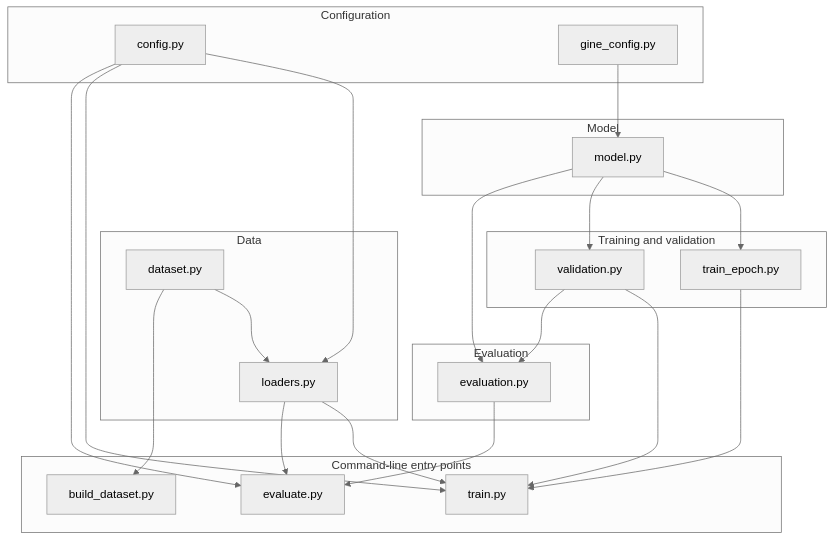
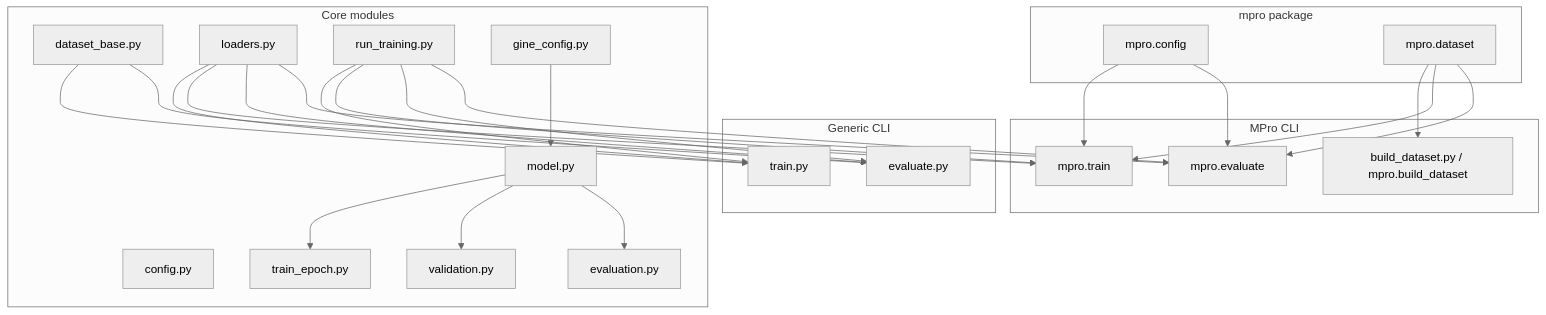
One commit to mananoreboton/gnn_gine_mprov3 changed the second of 2 diagrams in README.md. Above: the diagram before and after it, drawn with Mermaid (neutral theme). The commit also changed other lines of this file and 16 other files, not shown here.

First line of the commit message:
Refactor dataset management and training scripts for generic GNN usage

````diff
--- a/README.md
+++ b/README.md
@@ -54,51 +46,50 @@
 ```mermaid
 flowchart TB
-    subgraph cli [Command-line entry points]
-        BuildScript[build_dataset.py]
-        TrainScript[train.py]
-        EvalScript[evaluate.py]
+    subgraph generic_cli [Generic CLI]
+        TrainGen[train.py]
+        EvalGen[evaluate.py]
     end
 
-    subgraph config [Configuration]
+    subgraph mpro_cli [MPro CLI]
+        BuildMpro[build_dataset.py / mpro.build_dataset]
+        TrainMpro[mpro.train]
+        EvalMpro[mpro.evaluate]
+    end
+
+    subgraph core [Core modules]
+        DatasetBase[dataset_base.py]
+        Loaders[loaders.py]
+        RunTraining[run_training.py]
         Config[config.py]
         GineConfig[gine_config.py]
+        Model[model.py]
+        TrainEpoch[train_epoch.py]
+        Validation[validation.py]
+        Evaluation[evaluation.py]
     end
 
-    subgraph data_layer [Data]
-        Dataset[dataset.py]
-        Loaders[loaders.py]
-        BuildScript
+    subgraph mpro_pkg [mpro package]
+        MproConfig[mpro.config]
+        MproDataset[mpro.dataset]
+        MproConfig --> TrainMpro
+        MproConfig --> EvalMpro
+        MproDataset --> BuildMpro
+        MproDataset --> TrainMpro
+        MproDataset --> EvalMpro
     end
 
-    subgraph model_layer [Model]
-        Model[model.py]
-        GineConfig
-    end
-
-    subgraph train_logic [Training and validation]
-        TrainEpoch[train_epoch.py]
-        Validation[validation.py]
-        TrainScript
-    end
-
-    subgraph eval_logic [Evaluation]
-        Evaluation[evaluation.py]
-        EvalScript
-    end
-
-    Config --> Loaders
-    Config --> TrainScript
-    Config --> EvalScript
+    DatasetBase --> TrainGen
+    DatasetBase --> EvalGen
+    Loaders --> TrainGen
+    Loaders --> TrainMpro
+    Loaders --> EvalGen
+    Loaders --> EvalMpro
+    RunTraining --> TrainGen
+    RunTraining --> TrainMpro
+    RunTraining --> EvalGen
+    RunTraining --> EvalMpro
     GineConfig --> Model
-    Dataset --> Loaders
-    Dataset --> BuildScript
-    Loaders --> TrainScript
-    Loaders --> EvalScript
     Model --> TrainEpoch
     Model --> Validation
     Model --> Evaluation
-    TrainEpoch --> TrainScript
-    Validation --> TrainScript
-    Validation --> Evaluation
-    Evaluation --> EvalScript
 ```
````
